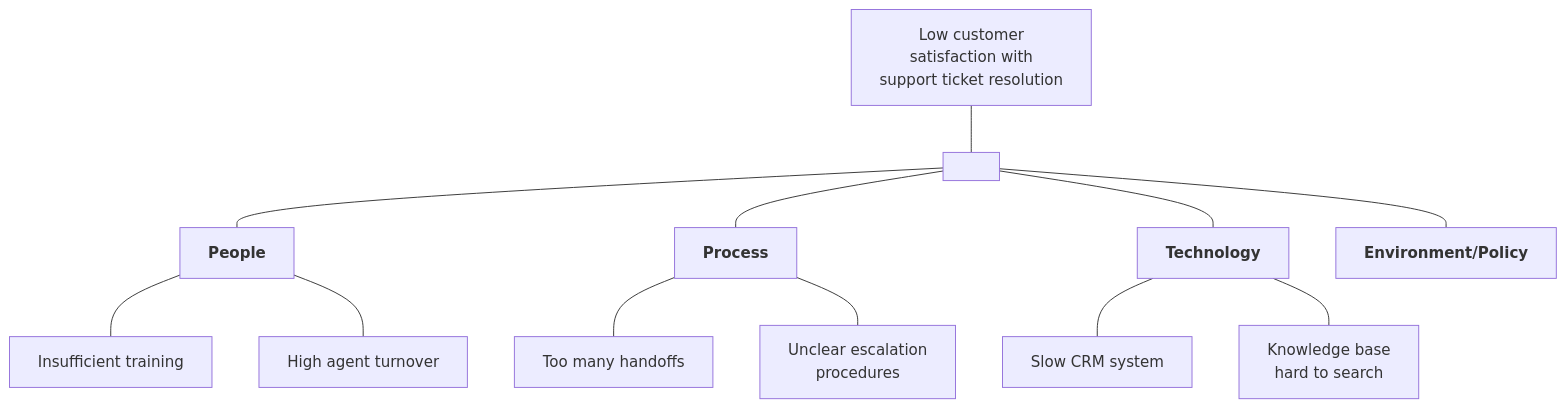
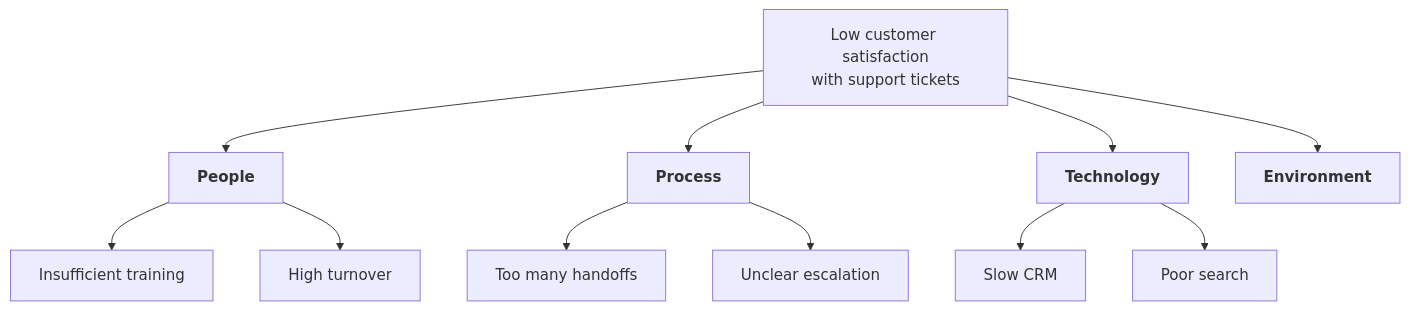
Before and after one commit to tallyfy/documentation: the diagram in src/content/docs/pro/tutorials/how-to/process-improvement/simple-root-cause-analysis-techniques.mdx, drawn with Mermaid. The commit also changed 1 other file, not shown here.

Commit message:
Simplify fishbone diagram structure
- Removed empty spine node that served no purpose
- Changed from --- to --> connectors for clarity
- Shortened verbose text in cause nodes
- Reduced from 13 to 11 nodes
- Cleaner tree structure instead of forced fishbone shape

````diff
--- a/src/content/docs/pro/tutorials/how-to/process-improvement/simple-root-cause-analysis-techniques.mdx
+++ b/src/content/docs/pro/tutorials/how-to/process-improvement/simple-root-cause-analysis-techniques.mdx
@@ -64,31 +64,22 @@
 ```mermaid
 flowchart TD
-    Problem["Low customer<br/>satisfaction with<br/>support ticket resolution"]
+    Problem["Low customer satisfaction<br/>with support tickets"]
     
-    %% Main spine
-    Problem --- Spine[ ]
+    Problem --> People["<b>People</b>"]
+    Problem --> Process["<b>Process</b>"]
+    Problem --> Technology["<b>Technology</b>"]
+    Problem --> Environment["<b>Environment</b>"]
     
-    %% Category branches
-    Spine --- People["<b>People</b>"]
-    Spine --- Process["<b>Process</b>"]
-    Spine --- Technology["<b>Technology</b>"]
-    Spine --- Environment["<b>Environment/Policy</b>"]
+    People --> P1["Insufficient training"]
+    People --> P2["High turnover"]
     
-    %% People causes
-    People --- P1["Insufficient training"]
-    People --- P2["High agent turnover"]
+    Process --> Pr1["Too many handoffs"]
+    Process --> Pr2["Unclear escalation"]
     
-    %% Process causes
-    Process --- Pr1["Too many handoffs"]
-    Process --- Pr2["Unclear escalation<br/>procedures"]
+    Technology --> T1["Slow CRM"]
+    Technology --> T2["Poor search"]
     
-    %% Technology causes
-    Technology --- T1["Slow CRM system"]
-    Technology --- T2["Knowledge base<br/>hard to search"]
-    
-    
-    %% Add hyperlinks to related docs
     click People "/products/pro/documenting/members/" "Learn about team management"
     click Process "/products/pro/documenting/templates/" "Improve your processes"
     click Technology "/products/pro/integrations/" "Explore integration options"
 ```
````
